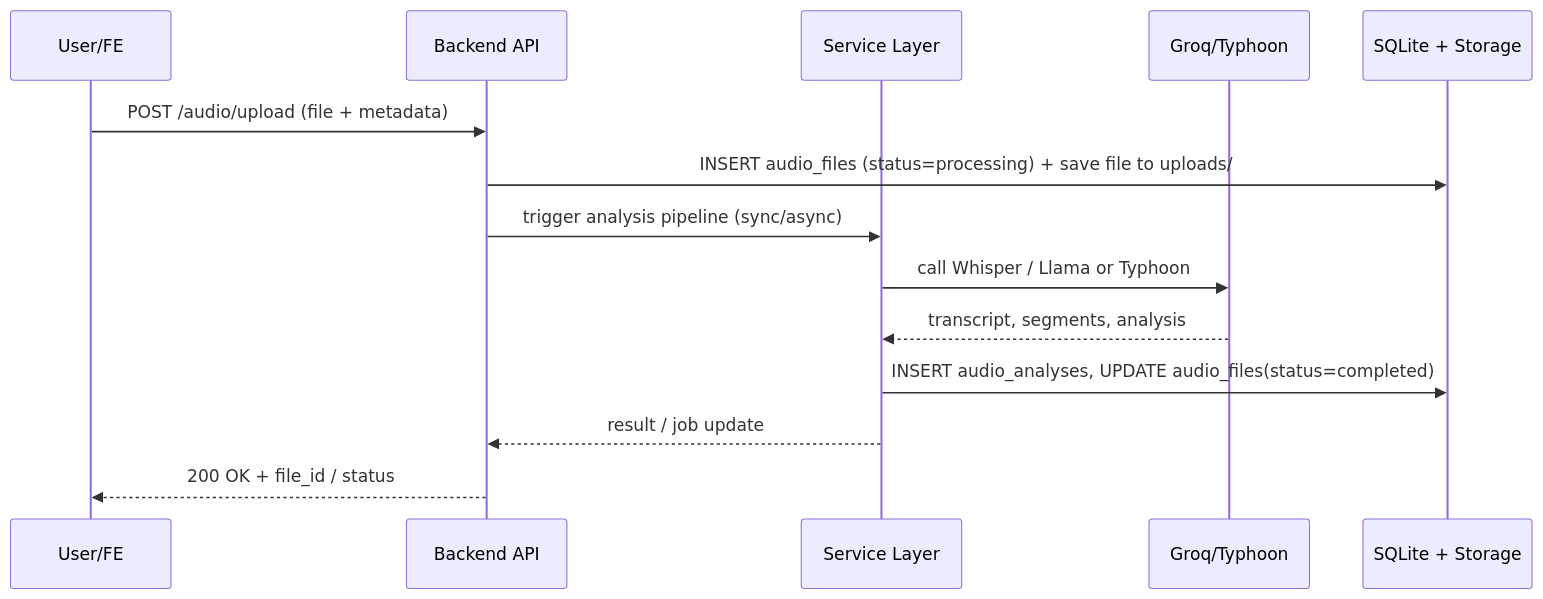
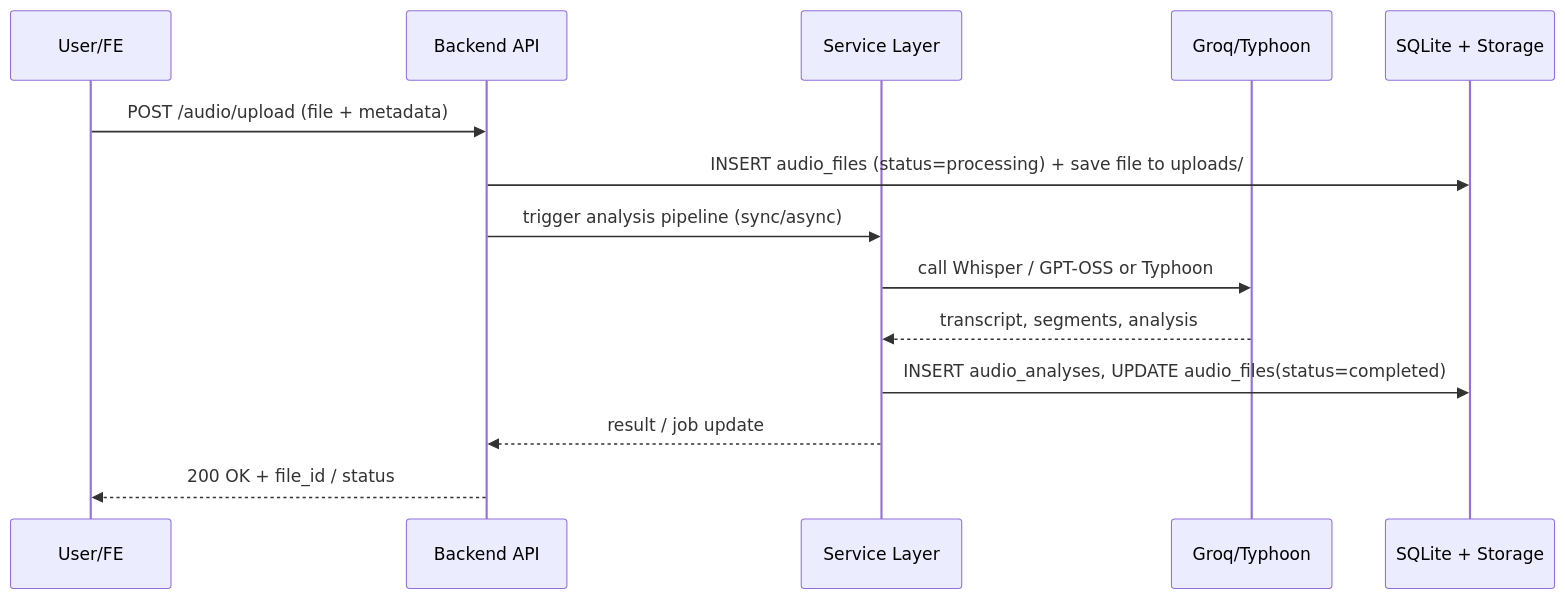
One commit to BIGNIGHTx/Projectnow_demo changed the fourth of 5 diagrams in project-backvoice/SYSTEM_ARCHITECTURE.md. Above: the diagram before and after it, drawn with Mermaid. The commit also changed other lines of this file and 28 other files, not shown here.

````diff
--- a/project-backvoice/SYSTEM_ARCHITECTURE.md
+++ b/project-backvoice/SYSTEM_ARCHITECTURE.md
@@ -106,17 +106,17 @@
 ```mermaid
 sequenceDiagram
   participant U as User/FE
   participant API as Backend API
   participant SVC as Service Layer
   participant AI as Groq/Typhoon
   participant DB as SQLite + Storage
 
   U->>API: POST /audio/upload (file + metadata)
   API->>DB: INSERT audio_files (status=processing) + save file to uploads/
   API->>SVC: trigger analysis pipeline (sync/async)
-  SVC->>AI: call Whisper / Llama or Typhoon
+  SVC->>AI: call Whisper / GPT-OSS or Typhoon
   AI-->>SVC: transcript, segments, analysis
   SVC->>DB: INSERT audio_analyses, UPDATE audio_files(status=completed)
   SVC-->>API: result / job update
   API-->>U: 200 OK + file_id / status
 ```
````
